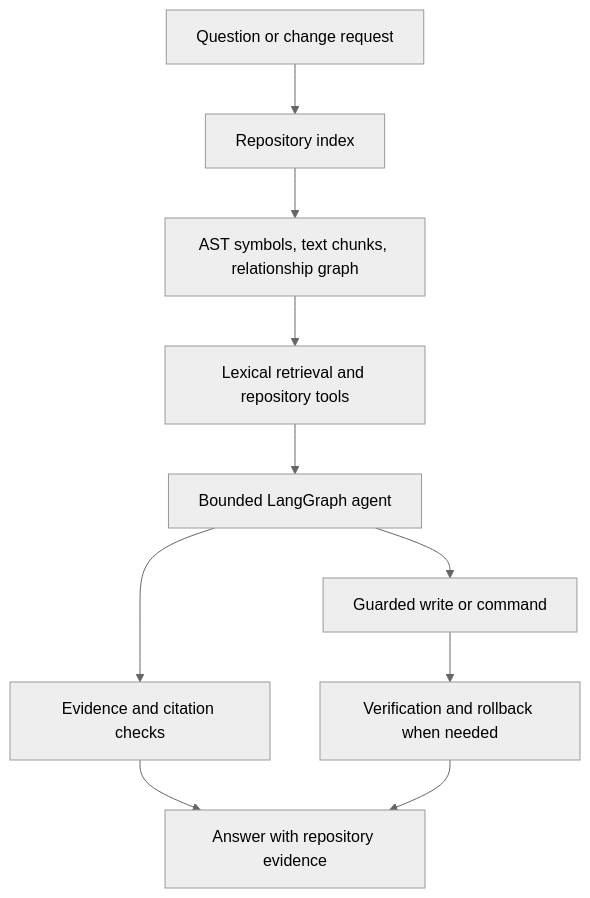
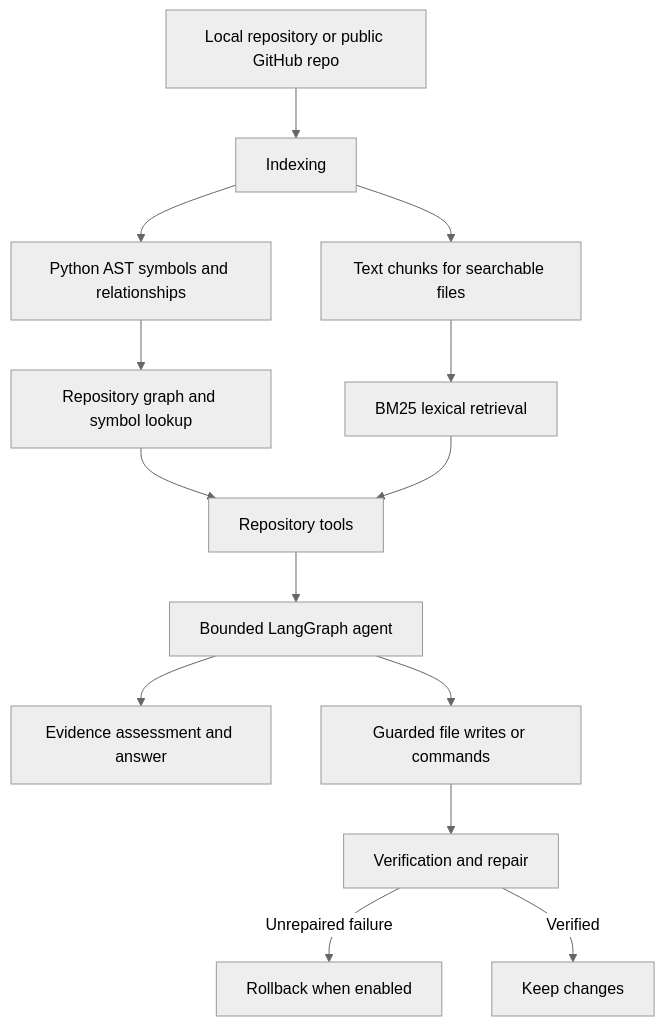
The diagram in README.md (Jayesh-2006/agentic-repository-intelligence), drawn with Mermaid (neutral theme) before and after one commit. The commit also changed other lines of this file and 11 other files, not shown here.

````diff
--- a/README.md
+++ b/README.md
@@ -20,12 +21,16 @@
 ```mermaid
 flowchart TD
-    A[Question or change request] --> B[Repository index]
-    B --> C[AST symbols, text chunks, relationship graph]
-    C --> D[Lexical retrieval and repository tools]
-    D --> E[Bounded LangGraph agent]
-    E --> F[Evidence and citation checks]
-    E --> G[Guarded write or command]
-    G --> H[Verification and rollback when needed]
-    F --> I[Answer with repository evidence]
-    H --> I
+    A[Local repository or public GitHub repo] --> B[Indexing]
+    B --> C[Python AST symbols and relationships]
+    B --> D[Text chunks for searchable files]
+    C --> E[Repository graph and symbol lookup]
+    D --> F[BM25 lexical retrieval]
+    E --> G[Repository tools]
+    F --> G
+    G --> H[Bounded LangGraph agent]
+    H --> I[Evidence assessment and answer]
+    H --> J[Guarded file writes or commands]
+    J --> K[Verification and repair]
+    K -->|Unrepaired failure| L[Rollback when enabled]
+    K -->|Verified| M[Keep changes]
 ```
````
